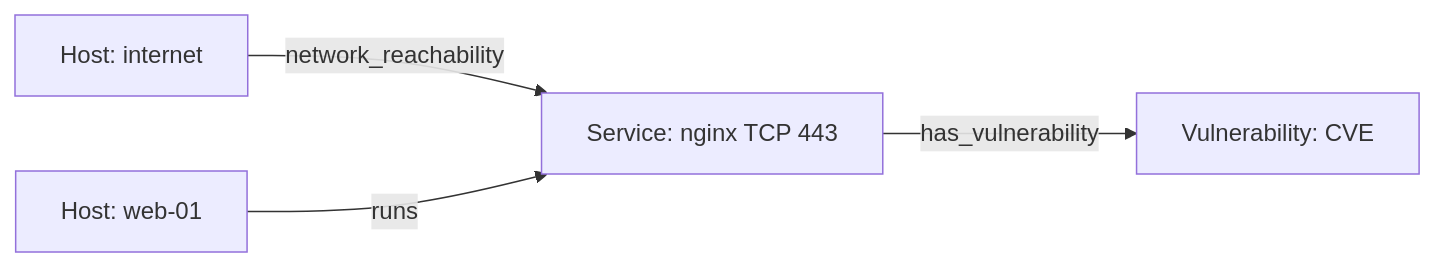
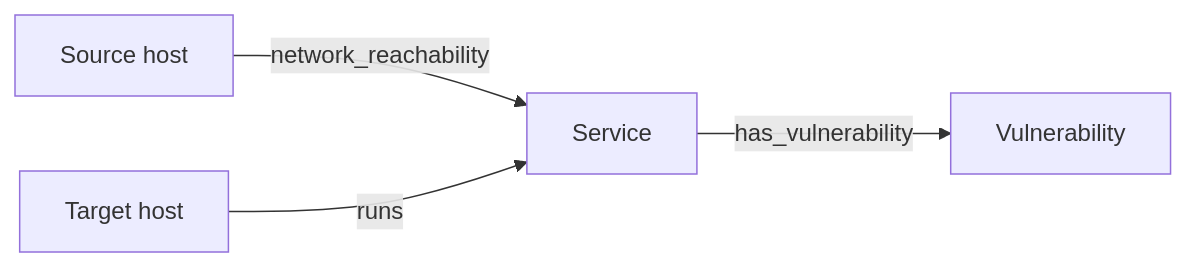
The diagram in docs/concepts/model.md (michalo1334/master_thesis), drawn with Mermaid before and after one commit. The commit also changed other lines of this file, not shown here.

````diff
--- a/docs/concepts/model.md
+++ b/docs/concepts/model.md
@@ -50,6 +29,6 @@
 ```mermaid
 flowchart LR
-  Internet[Host: internet] -->|network_reachability| Nginx[Service: nginx TCP 443]
-  Web01[Host: web-01] -->|runs| Nginx
-  Nginx -->|has_vulnerability| CVE[Vulnerability: CVE]
+    Source[Source host] -->|network_reachability| Service[Service]
+    Target[Target host] -->|runs| Service
+    Service -->|has_vulnerability| Vulnerability[Vulnerability]
 ```
````
